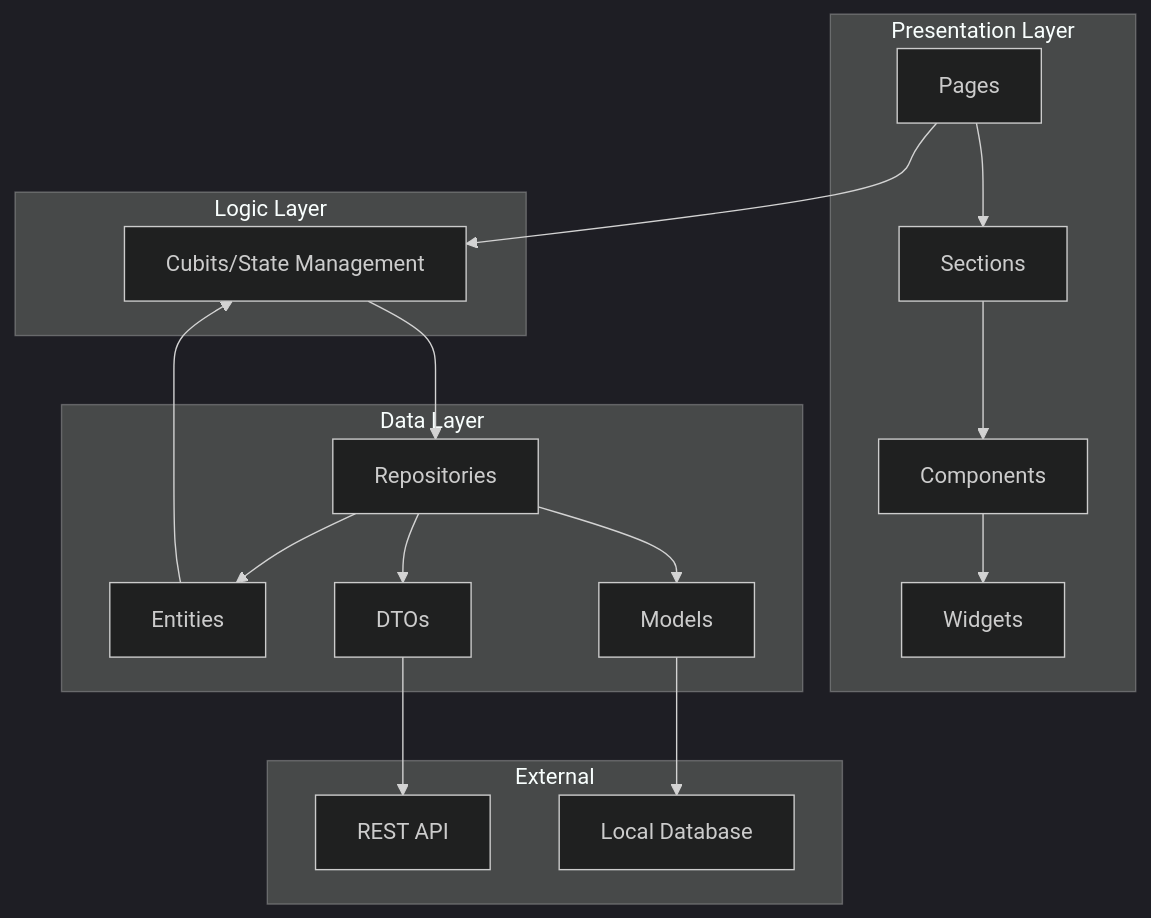
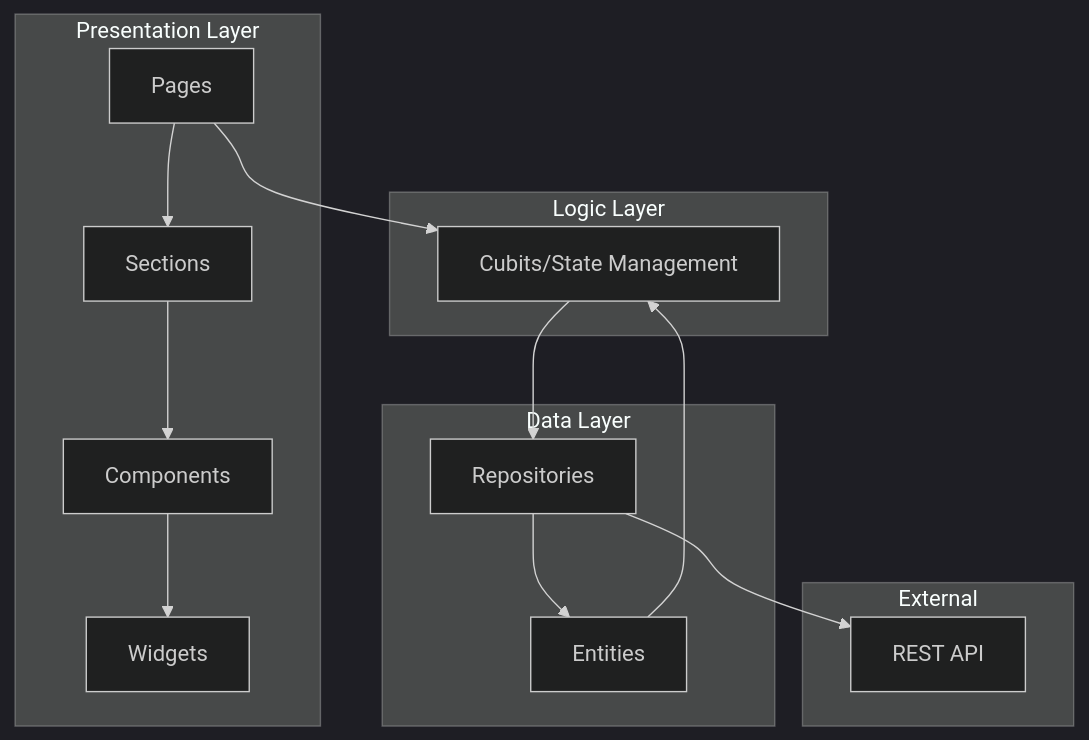
The first of 7 diagrams in .kiro/specs/flutter-architecture-refactor/design.md (mjablecnik/Dancee-2.0), drawn with Mermaid (dark theme) before and after one commit. The commit also changed other lines of this file and 2 other files, not shown here.

````diff
--- a/.kiro/specs/flutter-architecture-refactor/design.md
+++ b/.kiro/specs/flutter-architecture-refactor/design.md
@@ -38,37 +38,31 @@
 ```mermaid
 graph TB
     subgraph "Presentation Layer"
         Pages[Pages]
         Sections[Sections]
         Components[Components]
         Widgets[Widgets]
     end
     
     subgraph "Logic Layer"
         Cubits[Cubits/State Management]
     end
     
     subgraph "Data Layer"
         Repos[Repositories]
         Entities[Entities]
-        DTOs[DTOs]
-        Models[Models]
     end
     
     subgraph "External"
         API[REST API]
-        DB[Local Database]
     end
     
     Pages --> Sections
     Sections --> Components
     Components --> Widgets
     Pages --> Cubits
     Cubits --> Repos
     Repos --> Entities
-    Repos --> DTOs
-    Repos --> Models
-    DTOs --> API
-    Models --> DB
+    Repos --> API
     Entities --> Cubits
 ```
````
